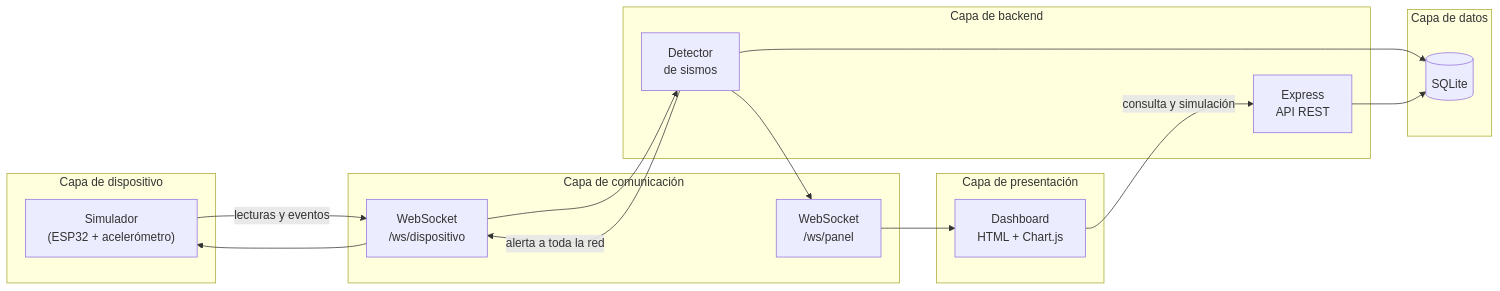
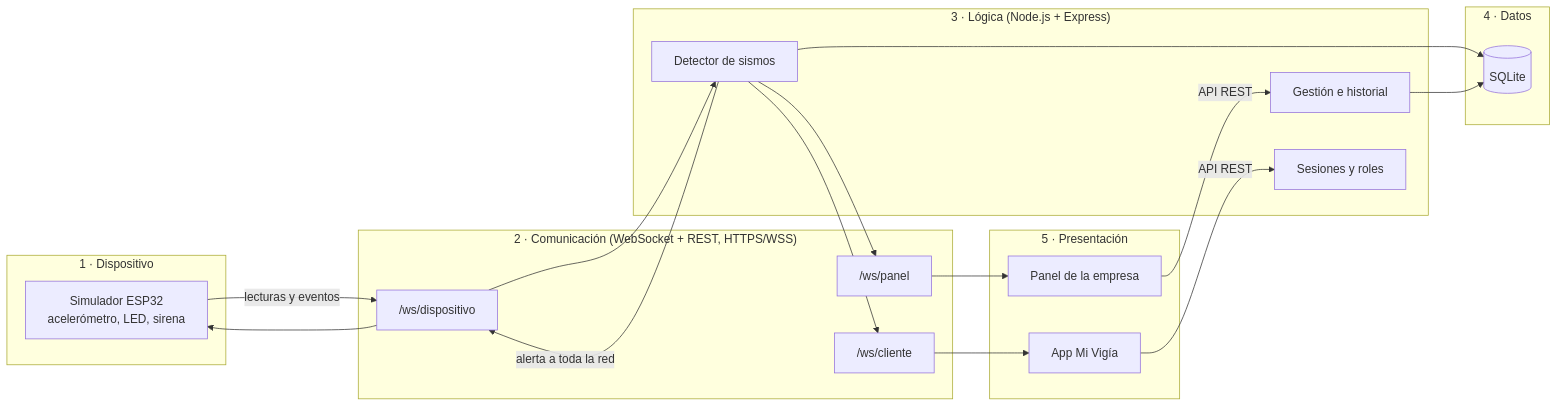
The diagram in README.md (AndresMurillo24/Vigia-sistema), drawn with Mermaid before and after one commit. The commit also changed other lines of this file and 1 other file, not shown here.

````diff
--- a/README.md
+++ b/README.md
@@ -16,26 +23,31 @@
 ```mermaid
 flowchart LR
-  subgraph Dispositivo["Capa de dispositivo"]
-    S["Simulador<br/>(ESP32 + acelerómetro)"]
+  subgraph Dispositivo["1 · Dispositivo"]
+    S["Simulador ESP32<br/>acelerómetro, LED, sirena"]
   end
-  subgraph Comunicacion["Capa de comunicación"]
-    WS1["WebSocket<br/>/ws/dispositivo"]
-    WS2["WebSocket<br/>/ws/panel"]
+  subgraph Comunicacion["2 · Comunicación (WebSocket + REST, HTTPS/WSS)"]
+    WS1["/ws/dispositivo"]
+    WS2["/ws/panel"]
+    WS3["/ws/cliente"]
   end
-  subgraph Backend["Capa de backend"]
-    API["Express<br/>API REST"]
-    DET["Detector<br/>de sismos"]
+  subgraph Backend["3 · Lógica (Node.js + Express)"]
+    DET["Detector de sismos"]
+    AUTH["Sesiones y roles"]
+    GES["Gestión e historial"]
   end
-  subgraph Datos["Capa de datos"]
+  subgraph Datos["4 · Datos"]
     DB[("SQLite")]
   end
-  subgraph Presentacion["Capa de presentación"]
-    DASH["Dashboard<br/>HTML + Chart.js"]
+  subgraph Presentacion["5 · Presentación"]
+    PANEL["Panel de la empresa"]
+    APP["App Mi Vigía"]
   end
   S -- lecturas y eventos --> WS1 --> DET
   DET -- alerta a toda la red --> WS1 --> S
   DET --> DB
-  API --> DB
-  DET --> WS2 --> DASH
-  DASH -- consulta y simulación --> API
+  GES --> DB
+  DET --> WS2 --> PANEL
+  DET --> WS3 --> APP
+  PANEL -- API REST --> GES
+  APP -- API REST --> AUTH
 ```
````
